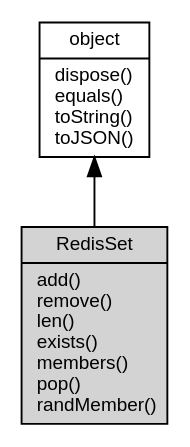
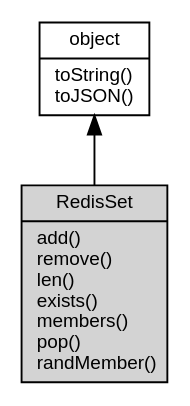
The diagram in docs/object/ifs/RedisSet.md (asionius/fibjs-ceph), drawn with Graphviz before and after one commit. The commit also changed other lines of this file and 138 other files, not shown here.

````diff
--- a/docs/object/ifs/RedisSet.md
+++ b/docs/object/ifs/RedisSet.md
@@ -13,10 +13,10 @@
 ```dot
 digraph {
     node [fontname="Helvetica,sans-Serif", fontsize=10, shape="record", style="filled", fillcolor="white"];
 
-    object [tooltip="object", URL="object.md", label="{object|dispose()\lequals()\ltoString()\ltoJSON()\l}"];
-    RedisSet [tooltip="RedisSet", fillcolor="lightgray", label="{RedisSet|add()\lremove()\llen()\lexists()\lmembers()\lpop()\lrandMember()\l}"];
+    object [tooltip="object", URL="object.md", label="{object|toString()\ltoJSON()\l}"];
+    RedisSet [tooltip="RedisSet", fillcolor="lightgray", id="me", label="{RedisSet|add()\lremove()\llen()\lexists()\lmembers()\lpop()\lrandMember()\l}"];
 
     object -> RedisSet [dir=back];
 }
 ```
````
